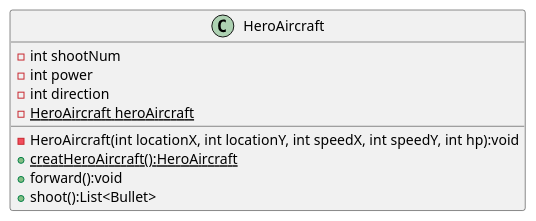
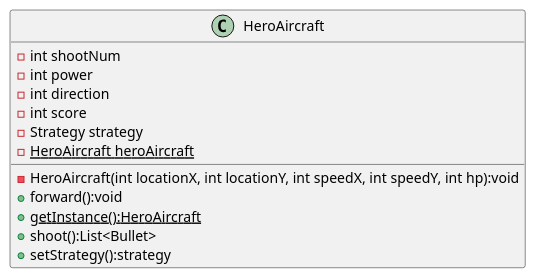
Before and after one commit to Lokshaw-Chau/AircraftWar: the diagram in uml/SingletonPattern.puml, drawn with PlantUML. The commit also changed 23 other files, not shown here.

```diff
--- a/uml/SingletonPattern.puml
+++ b/uml/SingletonPattern.puml
@@ -1,12 +1,15 @@
 @startuml
 class HeroAircraft {
     - int shootNum
     - int power
     - int direction
+    - int score
+    - Strategy strategy
     - {static} HeroAircraft heroAircraft
     - HeroAircraft(int locationX, int locationY, int speedX, int speedY, int hp):void
-    + {static}creatHeroAircraft():HeroAircraft
     + forward():void
+    + {static}getInstance():HeroAircraft
     + shoot():List<Bullet>
+    + setStrategy():strategy
 }
 @enduml
```
